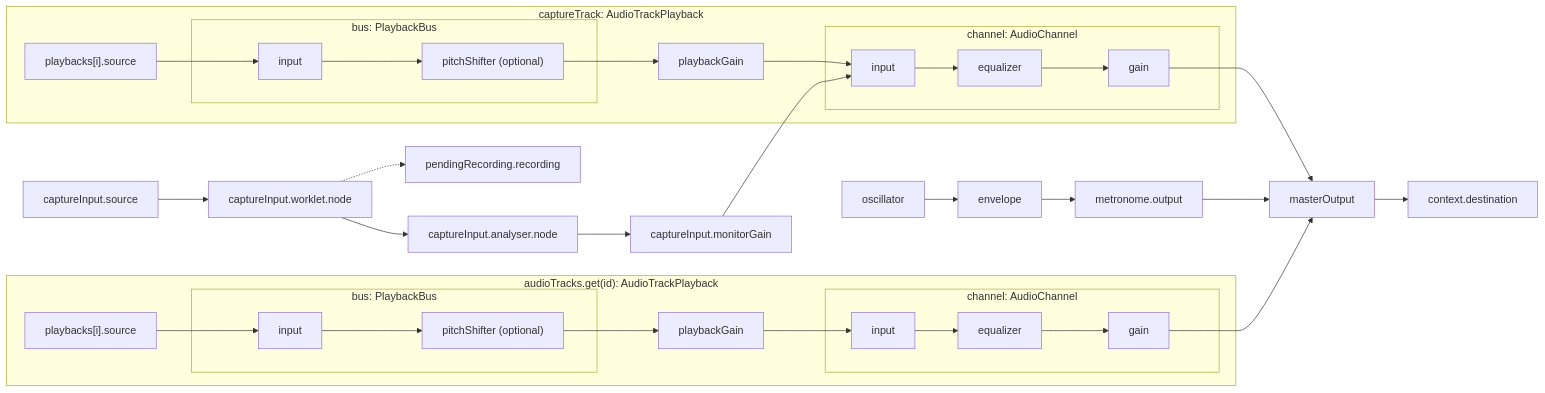
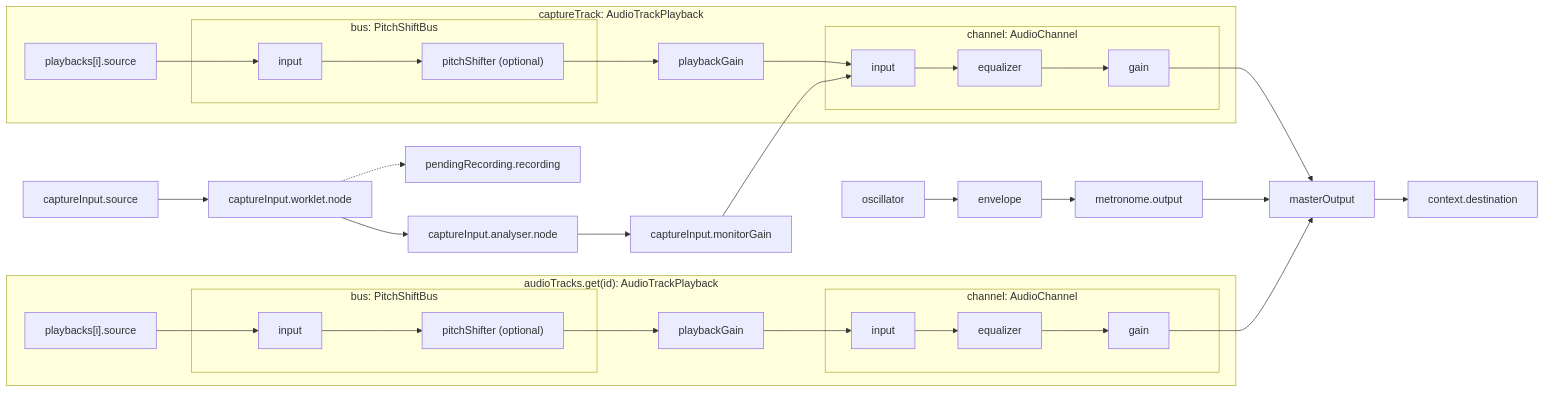
Before and after one commit to hi-ogawa/toy-midi: the diagram in src/lib/recorder/README.md, drawn with Mermaid. The commit also changed 1 other file, not shown here.

Commit message:
refactor: rename playback bus to pitch shift bus

````diff
--- a/src/lib/recorder/README.md
+++ b/src/lib/recorder/README.md
@@ -5,41 +5,41 @@
 ```mermaid
 flowchart LR
     captureSource["captureInput.source"] --> captureWorklet["captureInput.worklet.node"]
     captureWorklet -.-> recording["pendingRecording.recording"]
     captureWorklet --> analyser["captureInput.analyser.node"]
     analyser --> monitorGain["captureInput.monitorGain"]
     monitorGain --> captureInput
 
     subgraph captureTrack["captureTrack: AudioTrackPlayback"]
         takeSource["playbacks[i].source"] --> takeBusInput
-        subgraph takePlaybackBus["bus: PlaybackBus"]
+        subgraph takePitchShiftBus["bus: PitchShiftBus"]
             takeBusInput["input"] --> takePitchShifter["pitchShifter (optional)"]
         end
         takePitchShifter --> takePlaybackGain["playbackGain"]
         takePlaybackGain --> captureInput
         subgraph captureChannel["channel: AudioChannel"]
             captureInput["input"] --> captureEqualizer["equalizer"]
             captureEqualizer --> captureGain["gain"]
         end
     end
 
     subgraph audioTrack["audioTracks.get(id): AudioTrackPlayback"]
         audioSource["playbacks[i].source"] --> audioBusInput
-        subgraph audioPlaybackBus["bus: PlaybackBus"]
+        subgraph audioPitchShiftBus["bus: PitchShiftBus"]
             audioBusInput["input"] --> audioPitchShifter["pitchShifter (optional)"]
         end
         audioPitchShifter --> audioPlaybackGain["playbackGain"]
         audioPlaybackGain --> trackInput
         subgraph audioChannel["channel: AudioChannel"]
             trackInput["input"] --> trackEqualizer["equalizer"]
             trackEqualizer --> trackGain["gain"]
         end
     end
 
     captureGain --> masterOutput["masterOutput"]
     trackGain --> masterOutput
     oscillator["oscillator"] --> envelope["envelope"]
     envelope --> metronomeOutput["metronome.output"]
     metronomeOutput --> masterOutput
     masterOutput --> destination["context.destination"]
 ```
````
